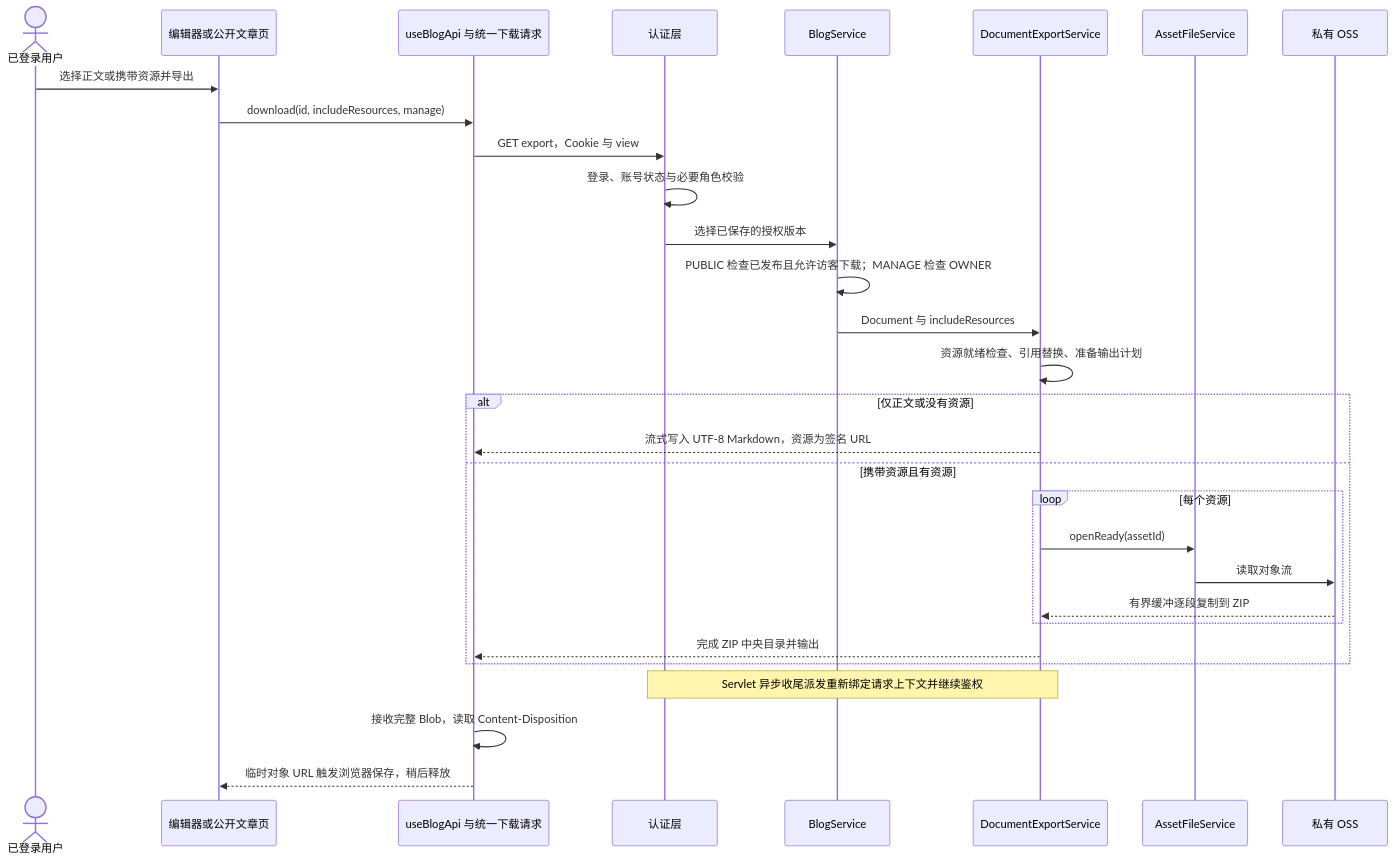
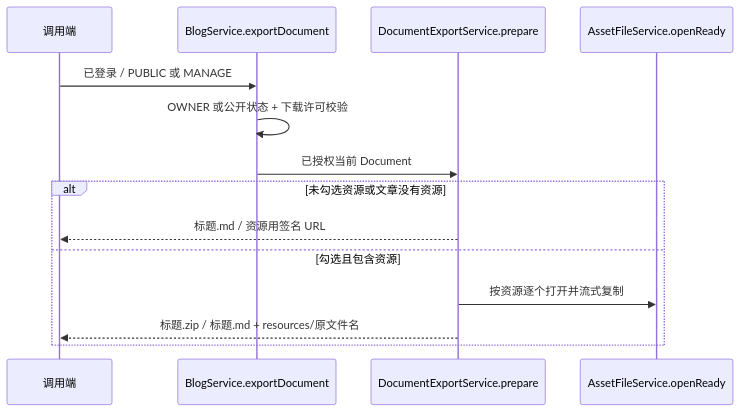
One commit to WKING66/mai-s-portfolio changed the diagram in resources/architecture/diagrams/document/07-export-sequence.mmd. Above: the diagram before and after it, drawn with Mermaid. The commit also changed 76 other files, not shown here.

Commit message:
refactor(backend-blog): align document draft and publication lifecycle

```diff
--- a/resources/architecture/diagrams/document/07-export-sequence.mmd
+++ b/resources/architecture/diagrams/document/07-export-sequence.mmd
@@ -1,31 +1,14 @@
-%% Generated from docs/architecture/document-import-export.md; edit that document first.
 sequenceDiagram
-    actor User as 已登录用户
-    participant UI as 编辑器或公开文章页
-    participant API as useBlogApi 与统一下载请求
-    participant Auth as 认证层
-    participant Blog as BlogService
-    participant Export as DocumentExportService
-    participant Asset as AssetFileService
-    participant OSS as 私有 OSS
-    User->>UI: 选择正文或携带资源并导出
-    UI->>API: download(id, includeResources, manage)
-    API->>Auth: GET export，Cookie 与 view
-    Auth->>Auth: 登录、账号状态与必要角色校验
-    Auth->>Blog: 选择已保存的授权版本
-    Blog->>Blog: PUBLIC 检查已发布且允许访客下载；MANAGE 检查 OWNER
-    Blog->>Export: Document 与 includeResources
-    Export->>Export: 资源就绪检查、引用替换、准备输出计划
-    alt 仅正文或没有资源
-        Export-->>API: 流式写入 UTF-8 Markdown，资源为签名 URL
-    else 携带资源且有资源
-        loop 每个资源
-            Export->>Asset: openReady(assetId)
-            Asset->>OSS: 读取对象流
-            OSS-->>Export: 有界缓冲逐段复制到 ZIP
-        end
-        Export-->>API: 完成 ZIP 中央目录并输出
+    participant UI as 调用端
+    participant B as BlogService.exportDocument
+    participant E as DocumentExportService.prepare
+    participant A as AssetFileService.openReady
+    UI->>B: 已登录 / PUBLIC 或 MANAGE
+    B->>B: OWNER 或公开状态 + 下载许可校验
+    B->>E: 已授权当前 Document
+    alt 未勾选资源或文章没有资源
+        E-->>UI: 标题.md / 资源用签名 URL
+    else 勾选且包含资源
+        E->>A: 按资源逐个打开并流式复制
+        E-->>UI: 标题.zip / 标题.md + resources/原文件名
     end
-    Note over Auth,Export: Servlet 异步收尾派发重新绑定请求上下文并继续鉴权
-    API->>API: 接收完整 Blob，读取 Content-Disposition
-    API-->>UI: 临时对象 URL 触发浏览器保存，稍后释放
```
